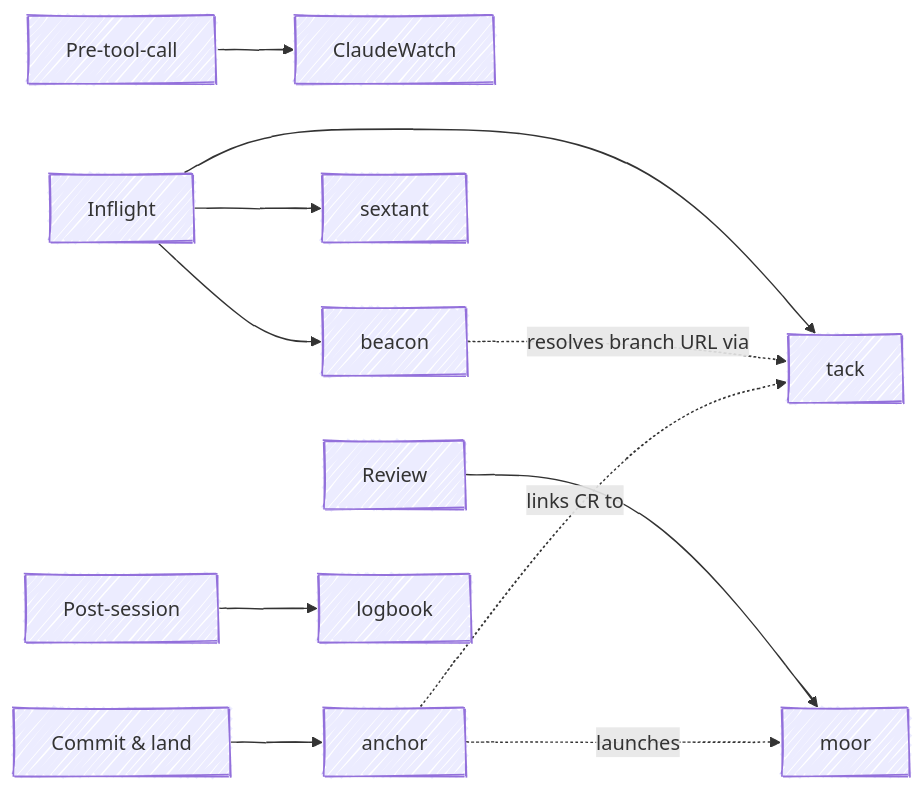
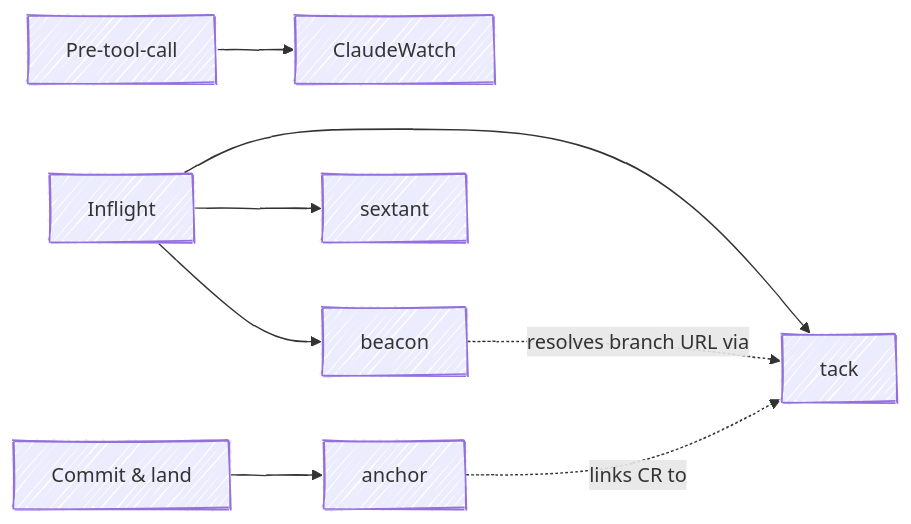
The diagram in docs/relationships.md (chris-peterson/claude-marketplace), drawn with Mermaid before and after one commit. The commit also changed other lines of this file and 13 other files, not shown here.

````diff
--- a/docs/relationships.md
+++ b/docs/relationships.md
@@ -19,15 +17,12 @@
 ```mermaid
 %%{ init: { 'look': 'handDrawn' } }%%
 flowchart LR
     Pre[Pre-tool-call] --> CW[ClaudeWatch]
     Inflight[Inflight] --> Tack[tack]
     Inflight --> Beacon[beacon]
     Inflight --> Sextant[sextant]
-    Review[Review] --> Moor[moor]
     Land[Commit & land] --> Anchor[anchor]
-    Post[Post-session] --> Logbook[logbook]
 
     Beacon -. resolves branch URL via .-> Tack
-    Anchor -. launches .-> Moor
     Anchor -. links CR to .-> Tack
 ```
````
